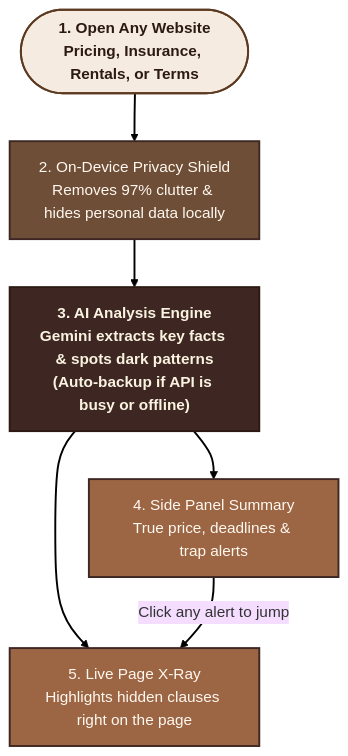
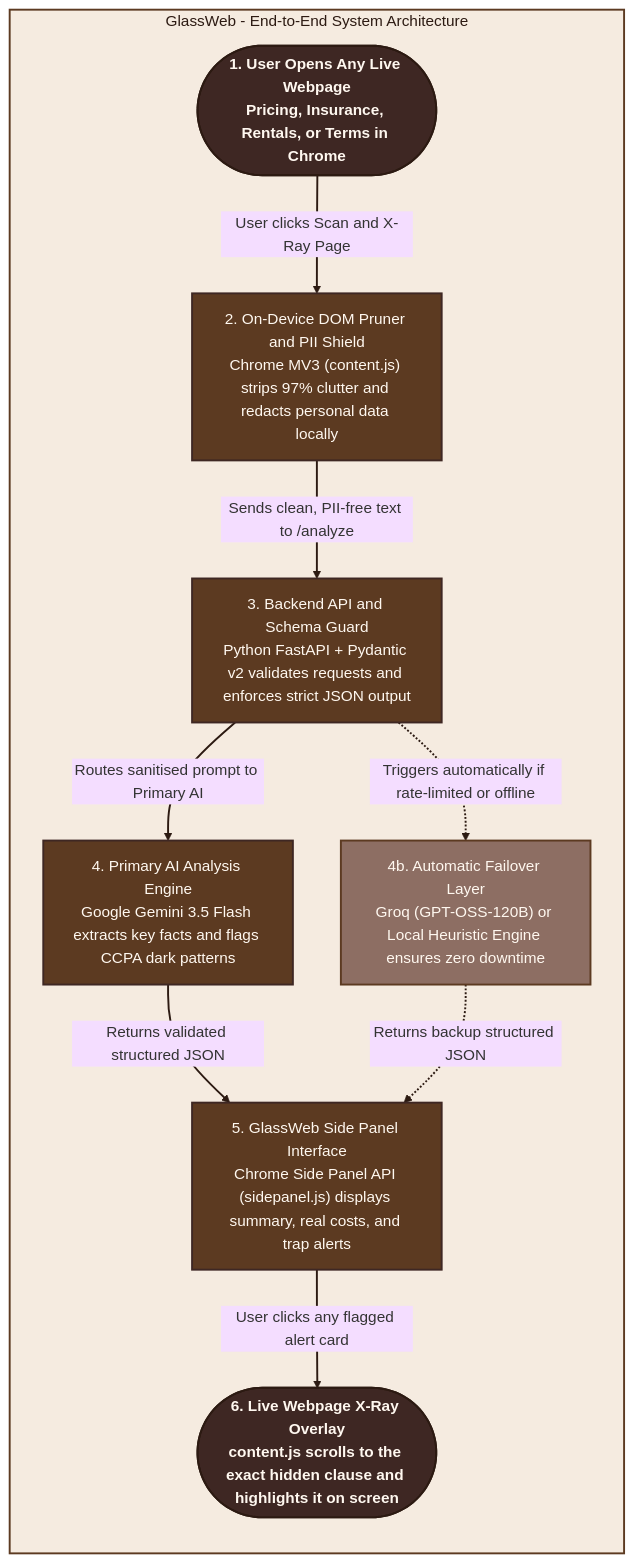
Before and after one commit to samios07/GlassWeb: the diagram in README.md, drawn with Mermaid (base theme).

Commit message:
Update architecture flowchart with uniform beige background and full tech stack

````diff
--- a/README.md
+++ b/README.md
@@ -46,20 +46,34 @@
 ```mermaid
 flowchart TB
-    A(["1. Open Any Website<br/>Pricing, Insurance, Rentals, or Terms"]) --> B["2. On-Device Privacy Shield<br/>Removes 97% clutter & hides personal data locally"]
-    B --> C["3. AI Analysis Engine<br/>Gemini extracts key facts & spots dark patterns<br/>(Auto-backup if API is busy or offline)"]
-    C --> D["4. Side Panel Summary<br/>True price, deadlines & trap alerts"]
-    C --> E["5. Live Page X-Ray<br/>Highlights hidden clauses right on the page"]
-    D -->|"Click any alert to jump"| E
+    subgraph MAIN["GlassWeb - End-to-End System Architecture"]
+        direction TB
 
-    classDef espresso fill:#3E2723,stroke:#2C1A12,stroke-width:2px,color:#FAF3E0,font-weight:bold
-    classDef mocha fill:#6F4E37,stroke:#3E2723,stroke-width:2px,color:#FFF8F0
-    classDef caramel fill:#9C6644,stroke:#3E2723,stroke-width:2px,color:#FFF8F0
-    classDef beige fill:#F5EBE0,stroke:#5C3A21,stroke-width:2px,color:#2C1A12,font-weight:bold
+        A(["1. User Opens Any Live Webpage<br/>Pricing, Insurance, Rentals, or Terms in Chrome"])
+        B["2. On-Device DOM Pruner and PII Shield<br/>Chrome MV3 (content.js) strips 97% clutter and redacts personal data locally"]
+        C["3. Backend API and Schema Guard<br/>Python FastAPI + Pydantic v2 validates requests and enforces strict JSON output"]
+        D["4. Primary AI Analysis Engine<br/>Google Gemini 3.5 Flash extracts key facts and flags CCPA dark patterns"]
+        E["4b. Automatic Failover Layer<br/>Groq (GPT-OSS-120B) or Local Heuristic Engine ensures zero downtime"]
+        F["5. GlassWeb Side Panel Interface<br/>Chrome Side Panel API (sidepanel.js) displays summary, real costs, and trap alerts"]
+        G(["6. Live Webpage X-Ray Overlay<br/>content.js scrolls to the exact hidden clause and highlights it on screen"])
 
-    class A beige
-    class B mocha
-    class C espresso
-    class D,E caramel
+        A -->|"User clicks Scan and X-Ray Page"| B
+        B -->|"Sends clean, PII-free text to /analyze"| C
+        C -->|"Routes sanitised prompt to Primary AI"| D
+        C -.->|"Triggers automatically if rate-limited or offline"| E
+        D -->|"Returns validated structured JSON"| F
+        E -.->|"Returns backup structured JSON"| F
+        F -->|"User clicks any flagged alert card"| G
+    end
 
-    linkStyle default stroke:#000000,stroke-width:2px
+    style MAIN fill:#F5EBE0,stroke:#5C3A21,stroke-width:2px,color:#2C1A12
+
+    classDef darkBrown fill:#3E2723,stroke:#2C1A12,stroke-width:2px,color:#FFF8F0,font-weight:bold
+    classDef warmBrown fill:#5C3A21,stroke:#3E2723,stroke-width:2px,color:#FFF8F0
+    classDef softBrown fill:#8D6E63,stroke:#5C3A21,stroke-width:2px,color:#FFF8F0
+
+    class A,G darkBrown
+    class B,C,D,F warmBrown
+    class E softBrown
+
+    linkStyle default stroke:#2C1A12,stroke-width:2px
 ```
````
